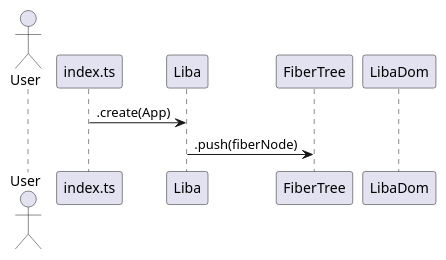
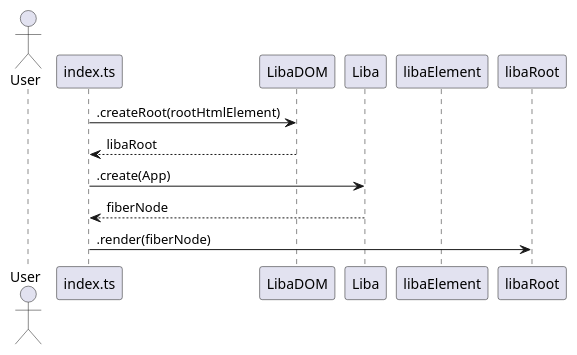
One commit to it-incubator/libaJS changed the diagram in src/liba2/liba.puml. Above: the diagram before and after it, drawn with PlantUML. The commit also changed 5 other files, not shown here.

```diff
--- a/src/liba2/liba.puml
+++ b/src/liba2/liba.puml
@@ -1,12 +1,16 @@
 @startuml
 actor User
 
 participant index.ts
+participant LibaDOM
 participant Liba
-participant FiberTree
-participant LibaDom
+participant libaElement
 
+
+index.ts -> LibaDOM: .createRoot(rootHtmlElement)
+index.ts <-- LibaDOM: libaRoot
 index.ts -> Liba: .create(App)
-Liba -> FiberTree: .push(fiberNode)
+index.ts <-- Liba: fiberNode
+index.ts -> libaRoot: .render(fiberNode)
 
 @enduml
```
